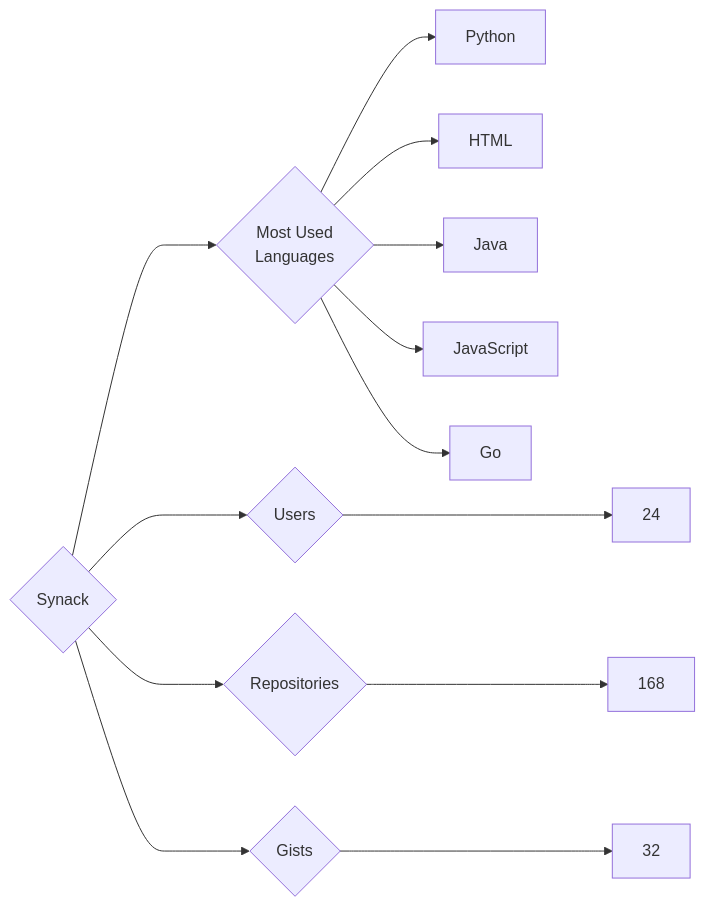
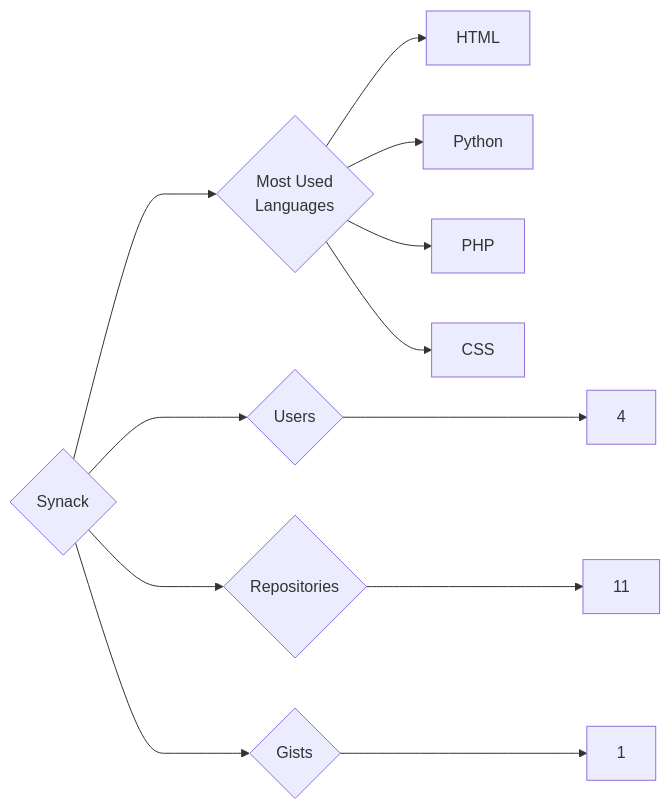
Before and after one commit to trickest/insiders: the diagram in targets/Synack/README.md, drawn with Mermaid. The commit also changed 878 other files, not shown here.

````diff
--- a/targets/Synack/README.md
+++ b/targets/Synack/README.md
@@ -3,13 +3,12 @@
 ```mermaid
 graph LR
 COMPANY_NAME{Synack}
-COMPANY_NAME ---> U{Users} ---> UN[24]
-COMPANY_NAME ---> R{Repositories} ---> RN[168]
-COMPANY_NAME ---> G{Gists} ---> GN[32]
+COMPANY_NAME ---> U{Users} ---> UN[4]
+COMPANY_NAME ---> R{Repositories} ---> RN[11]
+COMPANY_NAME ---> G{Gists} ---> GN[1]
 COMPANY_NAME ---> ML{Most Used<br>Languages}
+ML --> HTML[HTML]
 ML --> Python[Python]
-ML --> HTML[HTML]
-ML --> Java[Java]
-ML --> JavaScript[JavaScript]
-ML --> Go[Go]
+ML --> PHP[PHP]
+ML --> CSS[CSS]
 ```
````
